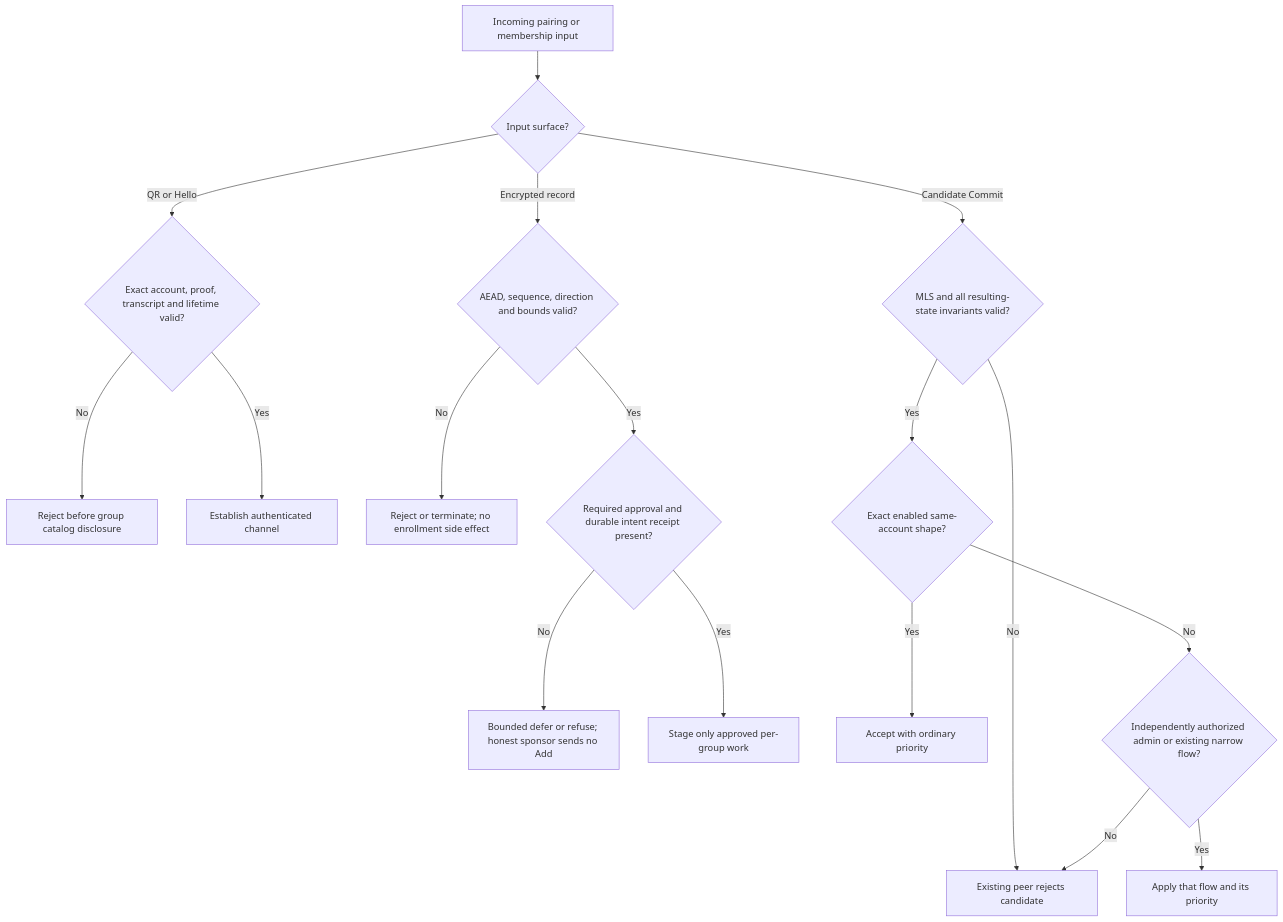
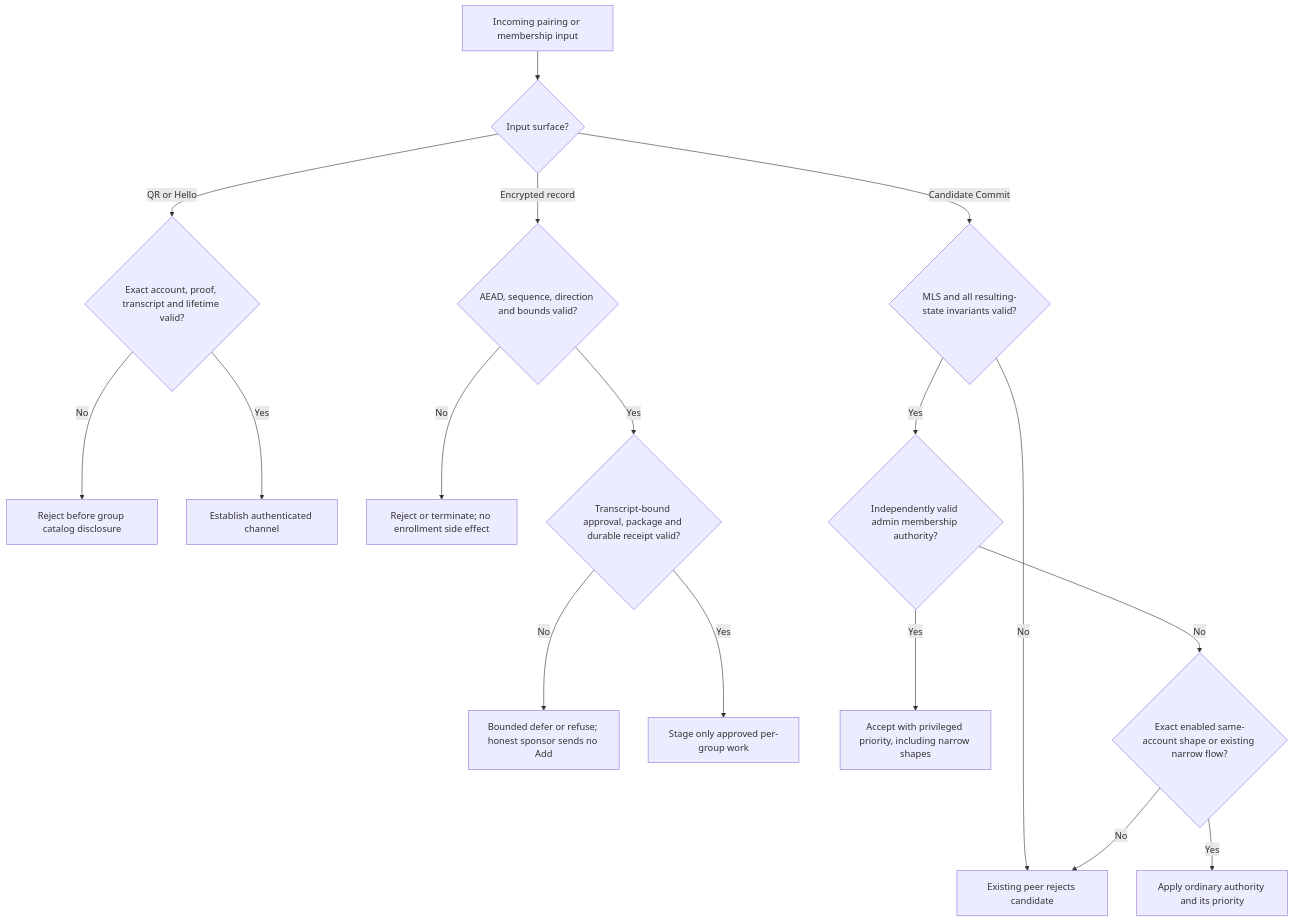
One commit to liamhelmer/marmot changed the third of 8 diagrams in features/multi-device/flows-and-threats.md. Above: the diagram before and after it, drawn with Mermaid. The commit also changed other lines of this file and 5 other files, not shown here.

````diff
--- a/features/multi-device/flows-and-threats.md
+++ b/features/multi-device/flows-and-threats.md
@@ -91,19 +91,19 @@
 ```mermaid
 flowchart TD
     X["Incoming pairing or membership input"] --> K{"Input surface?"}
     K -->|"QR or Hello"| P{"Exact account, proof, transcript and lifetime valid?"}
     P -->|"No"| R1["Reject before group catalog disclosure"]
     P -->|"Yes"| C["Establish authenticated channel"]
     K -->|"Encrypted record"| E{"AEAD, sequence, direction and bounds valid?"}
     E -->|"No"| R2["Reject or terminate; no enrollment side effect"]
-    E -->|"Yes"| O{"Required approval and durable intent receipt present?"}
+    E -->|"Yes"| O{"Transcript-bound approval, package and durable receipt valid?"}
     O -->|"No"| R3["Bounded defer or refuse; honest sponsor sends no Add"]
     O -->|"Yes"| S["Stage only approved per-group work"]
     K -->|"Candidate Commit"| M{"MLS and all resulting-state invariants valid?"}
     M -->|"No"| R4["Existing peer rejects candidate"]
-    M -->|"Yes"| N{"Exact enabled same-account shape?"}
-    N -->|"Yes"| A1["Accept with ordinary priority"]
-    N -->|"No"| I{"Independently authorized admin or existing narrow flow?"}
-    I -->|"Yes"| A2["Apply that flow and its priority"]
-    I -->|"No"| R4
+    M -->|"Yes"| I{"Independently valid admin membership authority?"}
+    I -->|"Yes"| A2["Accept with privileged priority, including narrow shapes"]
+    I -->|"No"| N{"Exact enabled same-account shape or existing narrow flow?"}
+    N -->|"Yes"| A1["Apply ordinary authority and its priority"]
+    N -->|"No"| R4
 ```
````
